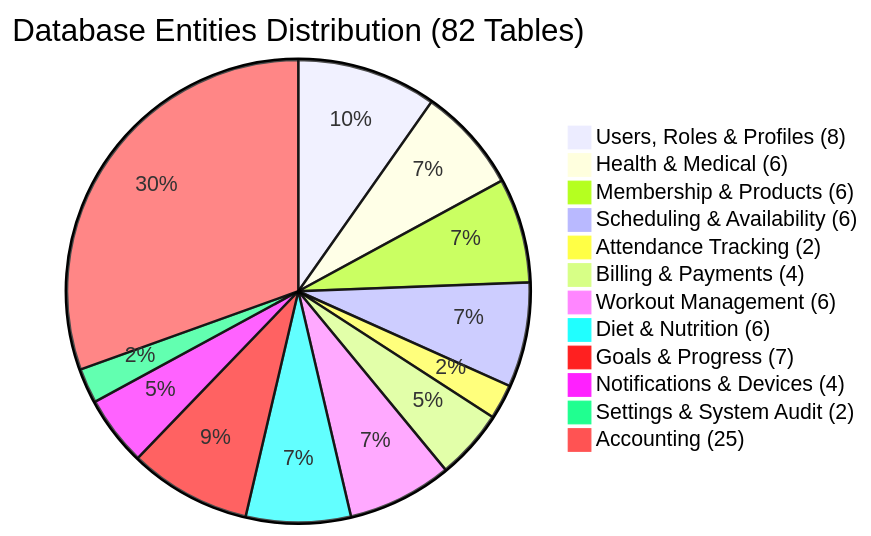
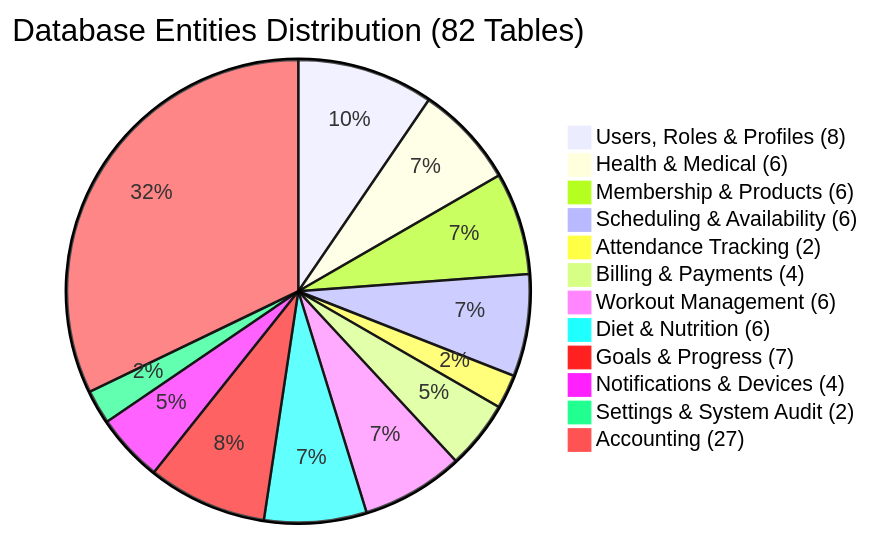
One commit to shabibmr/luxeknox changed the diagram in docs/database-entities.md. Above: the diagram before and after it, drawn with Mermaid. The commit also changed other lines of this file and 3 other files, not shown here.

````diff
--- a/docs/database-entities.md
+++ b/docs/database-entities.md
@@ -22,15 +22,15 @@
 ```mermaid
 pie title Database Entities Distribution (82 Tables)
     "Users, Roles & Profiles (8)" : 8
     "Health & Medical (6)" : 6
     "Membership & Products (6)" : 6
     "Scheduling & Availability (6)" : 6
     "Attendance Tracking (2)" : 2
     "Billing & Payments (4)" : 4
     "Workout Management (6)" : 6
     "Diet & Nutrition (6)" : 6
     "Goals & Progress (7)" : 7
     "Notifications & Devices (4)" : 4
     "Settings & System Audit (2)" : 2
-    "Accounting (25)" : 25
+    "Accounting (27)" : 27
 ```
````
